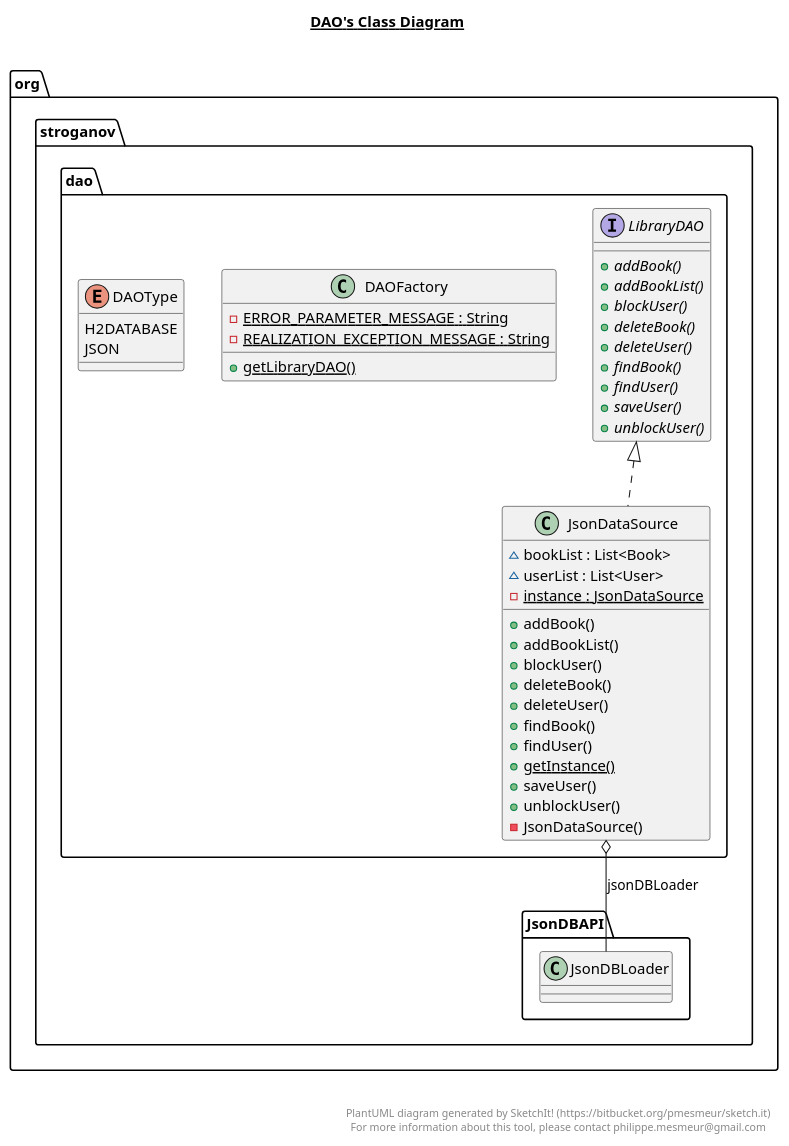
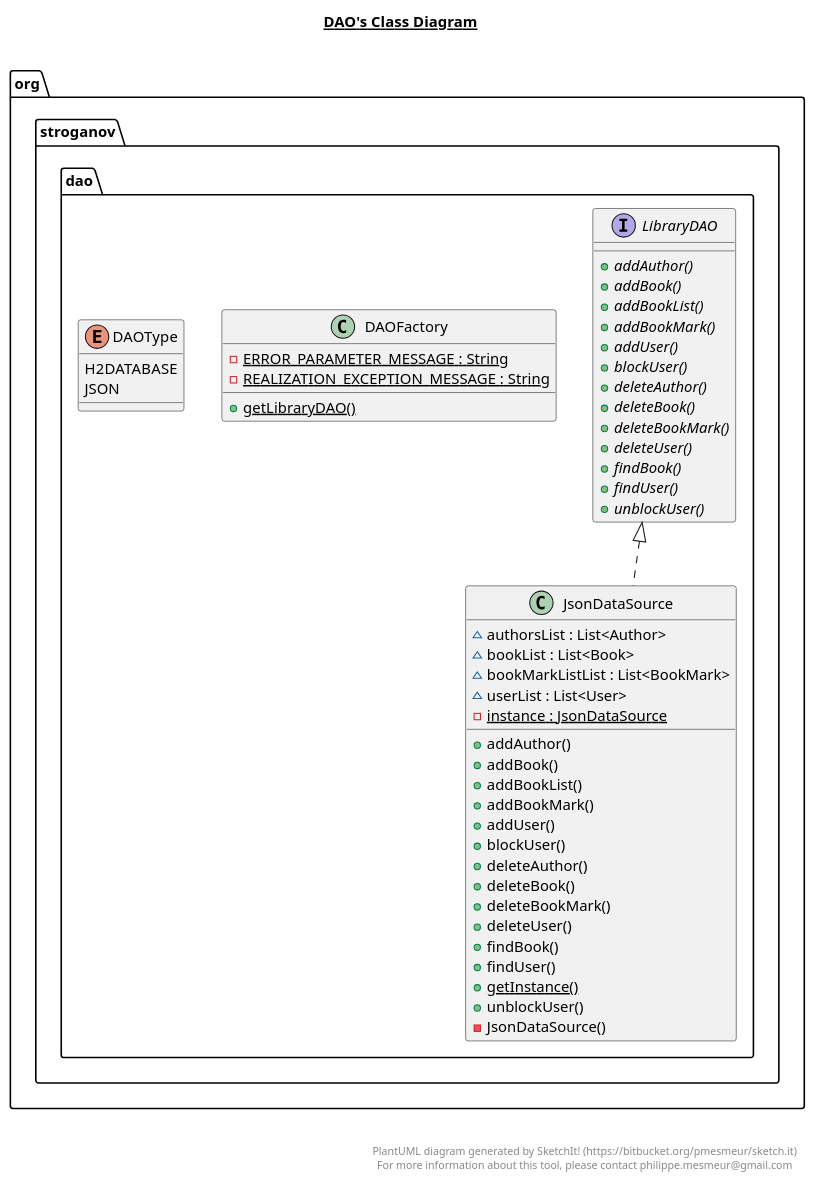
Before and after one commit to SergeyStroganoff/LibraryApp: the diagram in src/main/java/org/stroganov/dao/dao.plantuml, drawn with PlantUML. The commit also changed 17 other files, not shown here.

```diff
--- a/src/main/java/org/stroganov/dao/dao.plantuml
+++ b/src/main/java/org/stroganov/dao/dao.plantuml
@@ -1,76 +1,85 @@
 @startuml
 
 title __DAO's Class Diagram__\n
 
   namespace org.stroganov {
     namespace dao {
       class org.stroganov.dao.DAOFactory {
           {static} - ERROR_PARAMETER_MESSAGE : String
           {static} - REALIZATION_EXCEPTION_MESSAGE : String
           {static} + getLibraryDAO()
       }
     }
   }
   
 
   namespace org.stroganov {
     namespace dao {
       enum DAOType {
         H2DATABASE
         JSON
       }
     }
   }
   
 
   namespace org.stroganov {
     namespace dao {
       class org.stroganov.dao.JsonDataSource {
+          ~ authorsList : List<Author>
           ~ bookList : List<Book>
+          ~ bookMarkListList : List<BookMark>
           ~ userList : List<User>
           {static} - instance : JsonDataSource
+          + addAuthor()
           + addBook()
           + addBookList()
+          + addBookMark()
+          + addUser()
           + blockUser()
+          + deleteAuthor()
           + deleteBook()
+          + deleteBookMark()
           + deleteUser()
           + findBook()
           + findUser()
           {static} + getInstance()
-          + saveUser()
           + unblockUser()
           - JsonDataSource()
       }
     }
   }
   
 
   namespace org.stroganov {
     namespace dao {
       interface org.stroganov.dao.LibraryDAO {
+          {abstract} + addAuthor()
           {abstract} + addBook()
           {abstract} + addBookList()
+          {abstract} + addBookMark()
+          {abstract} + addUser()
           {abstract} + blockUser()
+          {abstract} + deleteAuthor()
           {abstract} + deleteBook()
+          {abstract} + deleteBookMark()
           {abstract} + deleteUser()
           {abstract} + findBook()
           {abstract} + findUser()
-          {abstract} + saveUser()
           {abstract} + unblockUser()
       }
     }
   }
   
 
   org.stroganov.dao.JsonDataSource .up.|> org.stroganov.dao.LibraryDAO
-  org.stroganov.dao.JsonDataSource o-- org.stroganov.JsonDBAPI.JsonDBLoader : jsonDBLoader
 
 
 right footer
 
 
 PlantUML diagram generated by SketchIt! (https://bitbucket.org/pmesmeur/sketch.it)
 For more information about this tool, please contact philippe.mesmeur@gmail.com
 endfooter
 
 @enduml
```
